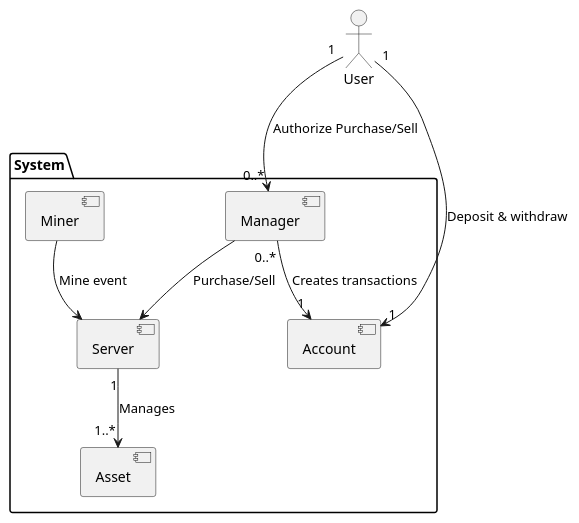
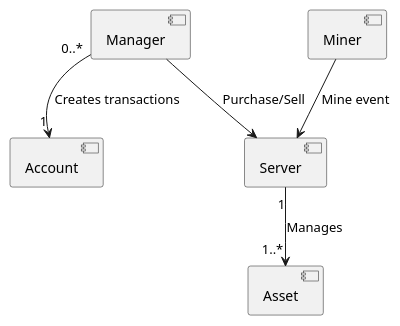
The first of 2 diagrams in report.md (Avantika019-sys/APK-Bank-system), drawn with PlantUML before and after one commit. The commit also changed other lines of this file and 2 other files, not shown here.

````diff
--- a/report.md
+++ b/report.md
@@ -36,22 +36,17 @@
 ```plantuml
 @startuml
-actor User
 ' Define components
-package "System" {
     [Manager] 
     [Account]
     [Server]
     [Miner]
     [Asset]
-}
 
 ' Define relationships
 Manager --> Server : Purchase/Sell
 Manager"0..*" --> "1"Account : Creates transactions
 Server"1" -->"1..*" Asset : Manages 
-User "1" -->"1" Account  : Deposit & withdraw
-User "1"--> "0..*"Manager : Authorize Purchase/Sell
 Miner --> Server : Mine event
 
 @enduml
 ```
````
